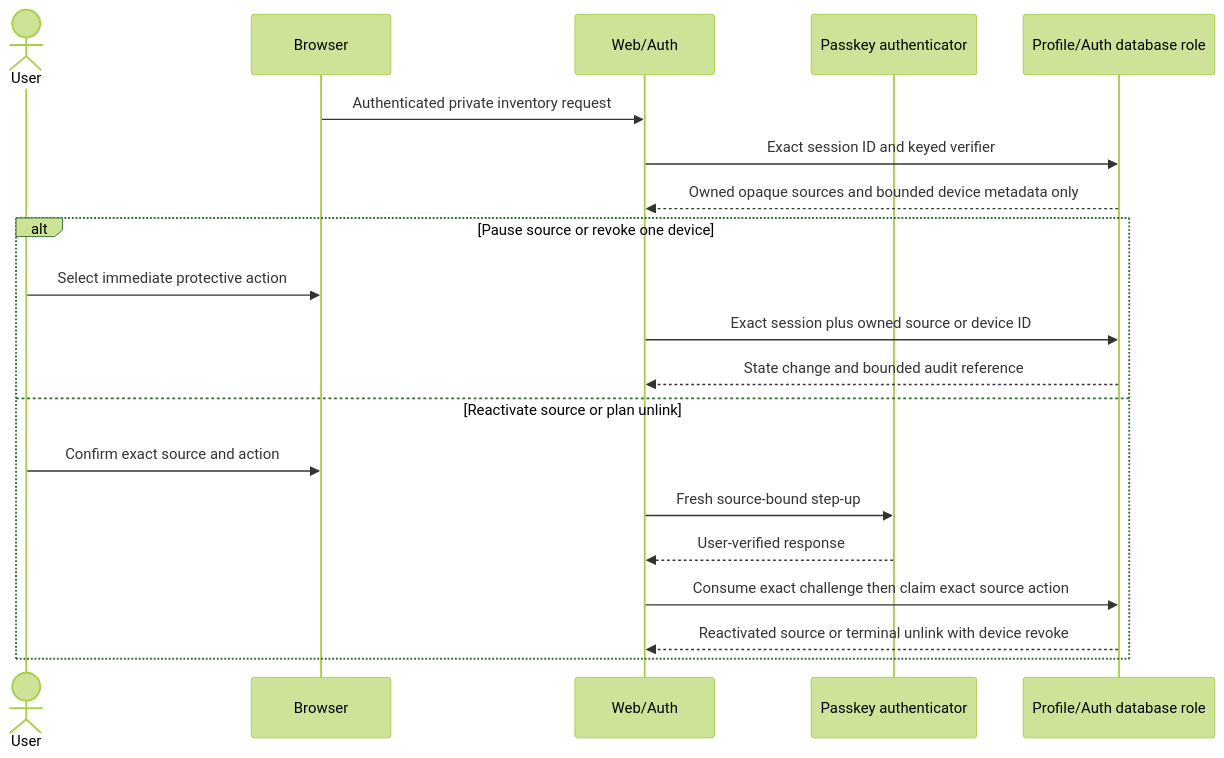
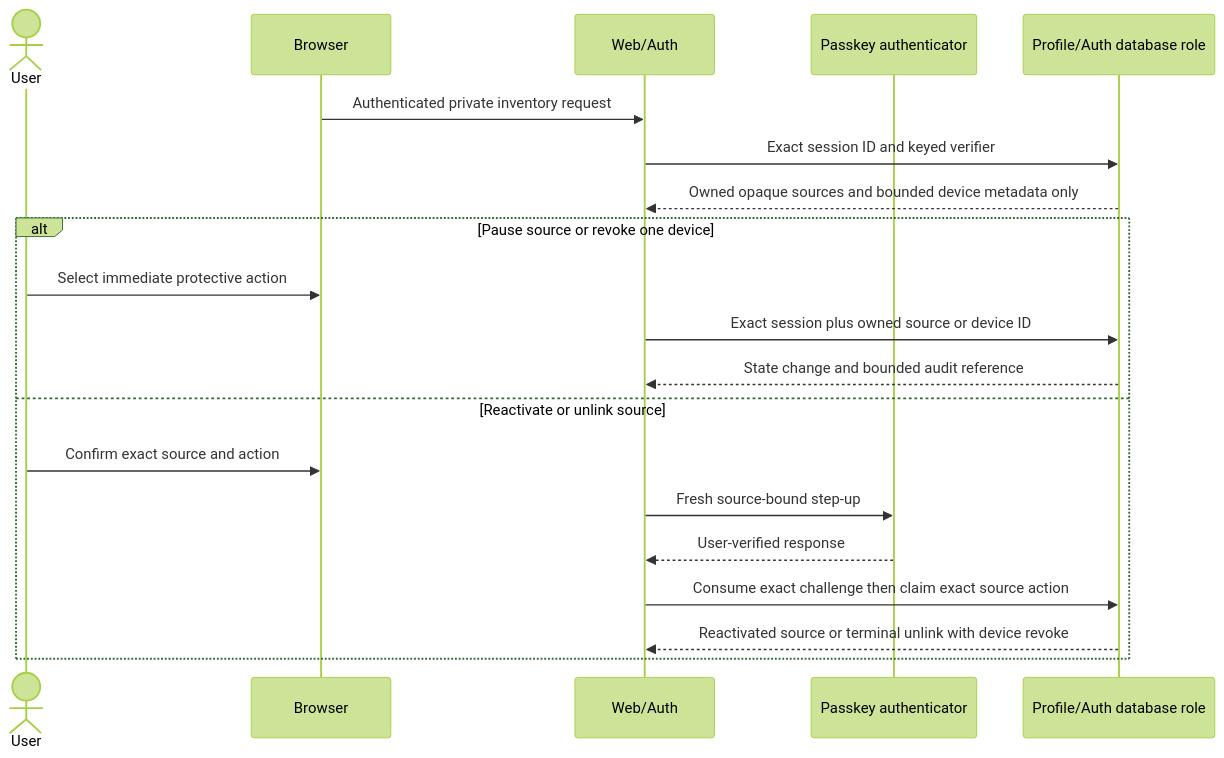
Before and after one commit to Tah10n/viberacing: the fifth of 9 diagrams in docs/architecture/DATA_FLOW.md, drawn with Mermaid (forest theme). The commit also changed other lines of this file and 34 other files, not shown here.

Commit message:
feat: add terminal source unlink

````diff
--- a/docs/architecture/DATA_FLOW.md
+++ b/docs/architecture/DATA_FLOW.md
@@ -265,23 +265,23 @@
 ```mermaid
 sequenceDiagram
   actor User
   participant Browser
   participant Web as Web/Auth
   participant Authenticator as Passkey authenticator
   participant DB as Profile/Auth database role
 
   Browser->>Web: Authenticated private inventory request
   Web->>DB: Exact session ID and keyed verifier
   DB-->>Web: Owned opaque sources and bounded device metadata only
   alt Pause source or revoke one device
     User->>Browser: Select immediate protective action
     Web->>DB: Exact session plus owned source or device ID
     DB-->>Web: State change and bounded audit reference
-  else Reactivate source or plan unlink
+  else Reactivate or unlink source
     User->>Browser: Confirm exact source and action
     Web->>Authenticator: Fresh source-bound step-up
     Authenticator-->>Web: User-verified response
     Web->>DB: Consume exact challenge then claim exact source action
     DB-->>Web: Reactivated source or terminal unlink with device revoke
   end
 ```
````
